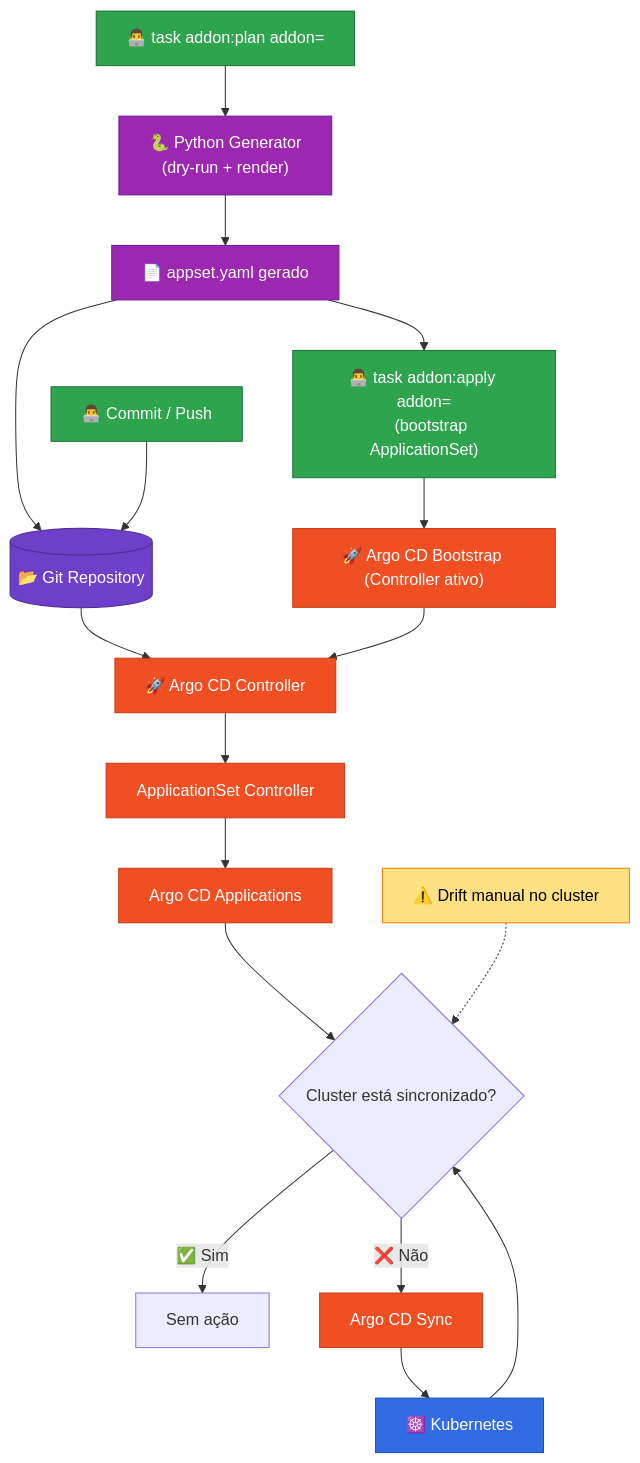
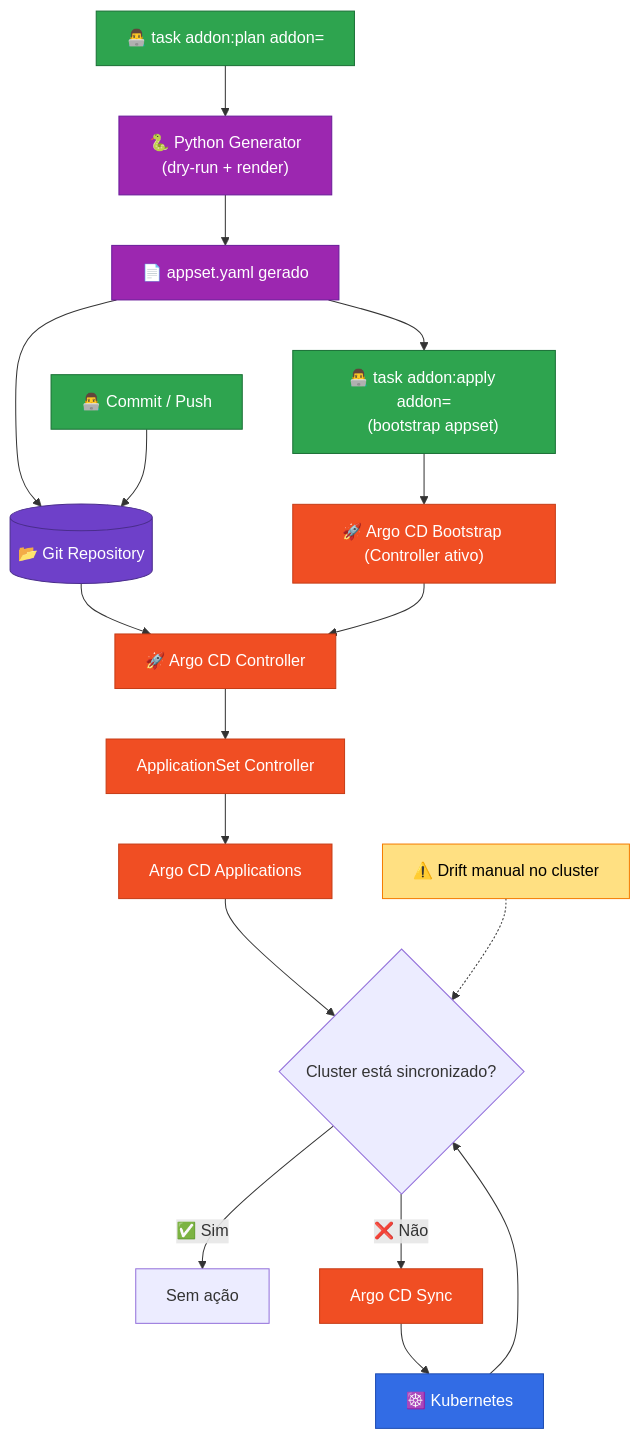
One commit to estudosdevops/homelab changed the first of 2 diagrams in kubernetes/addons/README.md. Above: the diagram before and after it, drawn with Mermaid.

````diff
--- a/kubernetes/addons/README.md
+++ b/kubernetes/addons/README.md
@@ -48,47 +48,47 @@
 ```mermaid
 flowchart TD
 
     DevPlan["👨‍💻 task addon:plan addon=<addon>"] --> Py["🐍 Python Generator
     (dry-run + render)"]
     Py --> AppSet["📄 appset.yaml gerado"]
 
     AppSet --> Kubectl["👨‍💻 task addon:apply addon=<addon>
-    (bootstrap ApplicationSet)"]
+    (bootstrap appset)"]
     Kubectl --> ArgoBootstrap["🚀 Argo CD Bootstrap (Controller ativo)"]
 
     %% Git fica abaixo do AppSet gerado (como você pediu)
     AppSet --> Git[("📂 Git Repository")]
     DevCommit["👨‍💻 Commit / Push"] --> Git
 
     Git --> Argo["🚀 Argo CD Controller"]
     ArgoBootstrap --> Argo
 
     Argo --> Controller["ApplicationSet Controller"]
     Controller --> Apps["Argo CD Applications"]
 
     Apps --> Diff{"Cluster está sincronizado?"}
 
     Diff -->|"✅ Sim"| Idle["Sem ação"]
     Diff -->|"❌ Não"| Sync["Argo CD Sync"]
 
     Sync --> K8S["☸️ Kubernetes"]
     K8S --> Diff
 
     Drift["⚠️ Drift manual no cluster"] -.-> Diff
 
 
     %% ===== STYLES (cores) =====
     classDef git fill:#6e40c9,stroke:#4a2d8c,color:#fff;
     classDef argo fill:#f04e23,stroke:#c63c16,color:#fff;
     classDef k8s fill:#326ce5,stroke:#1e4db3,color:#fff;
     classDef user fill:#2ea44f,stroke:#1a7036,color:#fff;
     classDef gen fill:#9C27B0,stroke:#6A1B9A,color:#fff;
     classDef warn fill:#FFE082,stroke:#F57C00,color:#000;
 
     class DevPlan,DevCommit,Kubectl user;
     class Py,AppSet gen;
     class Git git;
     class Argo,Controller,Apps,Sync,ArgoBootstrap argo;
     class K8S k8s;
     class Drift warn;
 ```
````
